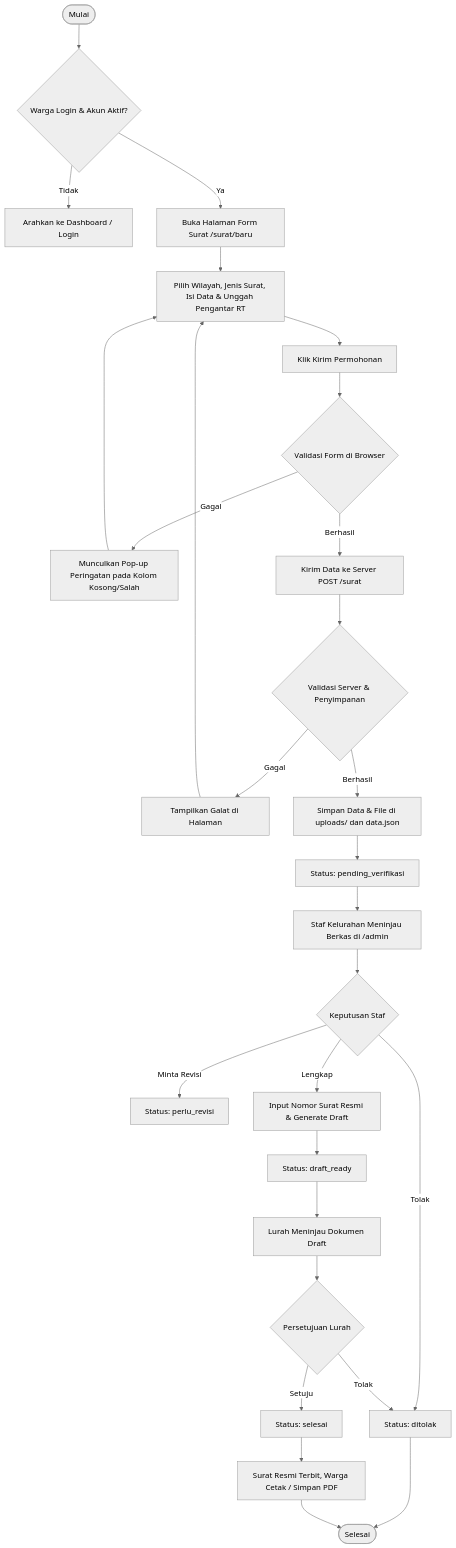
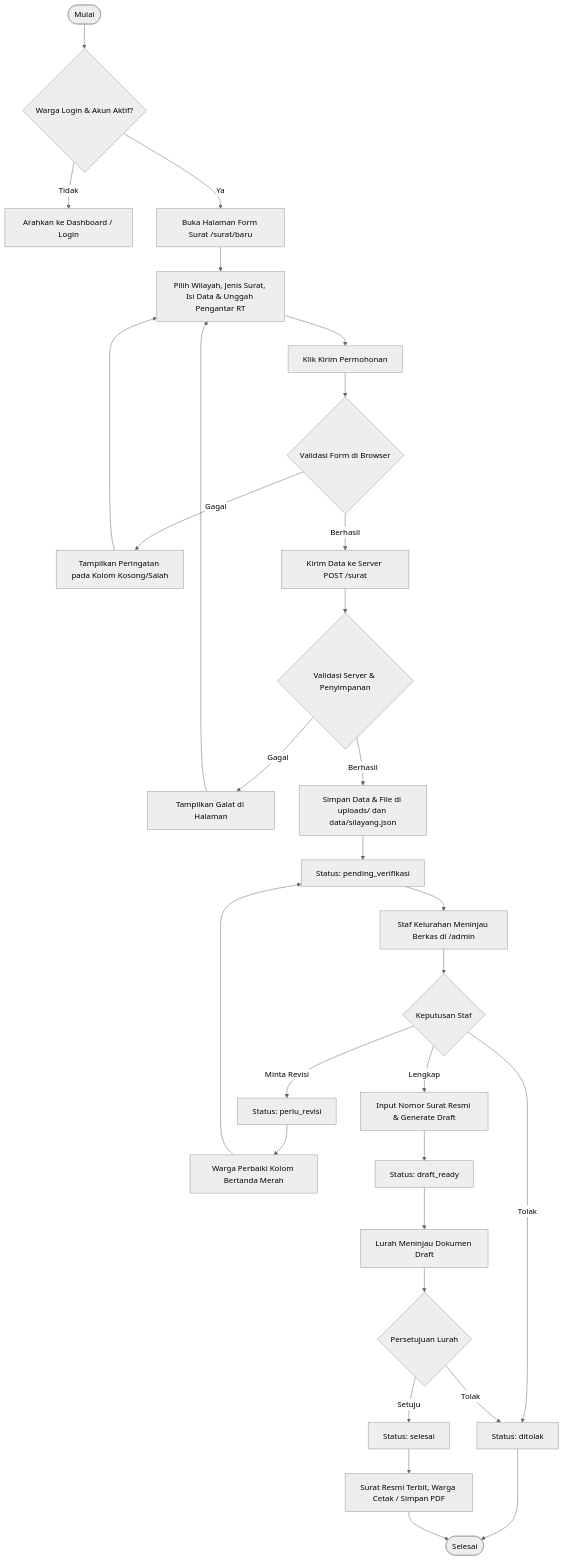
The seventh of 7 diagrams in README.md (mohakbarnusantara/SI-LAYANG), drawn with Mermaid (neutral theme) before and after one commit. The commit also changed other lines of this file, not shown here.

````diff
--- a/README.md
+++ b/README.md
@@ -450,39 +476,41 @@
 ```mermaid
 flowchart TD
     Start([Mulai]) --> LoginCheck{Warga Login & Akun Aktif?}
     LoginCheck -- Tidak --> BlockAccess[Arahkan ke Dashboard / Login]
     LoginCheck -- Ya --> OpenForm[Buka Halaman Form Surat /surat/baru]
-    
+
     OpenForm --> FillData[Pilih Wilayah, Jenis Surat, Isi Data & Unggah Pengantar RT]
     FillData --> SubmitForm[Klik Kirim Permohonan]
-    
+
     SubmitForm --> ValidateClient{Validasi Form di Browser}
-    ValidateClient -- Gagal --> ShowPopup[Munculkan Pop-up Peringatan pada Kolom Kosong/Salah]
+    ValidateClient -- Gagal --> ShowPopup[Tampilkan Peringatan pada Kolom Kosong/Salah]
     ShowPopup --> FillData
-    
+
     ValidateClient -- Berhasil --> PostServer[Kirim Data ke Server POST /surat]
     PostServer --> ValidateServer{Validasi Server & Penyimpanan}
     ValidateServer -- Gagal --> ReturnError[Tampilkan Galat di Halaman]
     ReturnError --> FillData
-    
-    ValidateServer -- Berhasil --> SaveData[Simpan Data & File di uploads/ dan data.json]
+
+    ValidateServer -- Berhasil --> SaveData[Simpan Data & File di uploads/ dan data/silayang.json]
     SaveData --> StatusPending[Status: pending_verifikasi]
-    
+
     StatusPending --> StaffReview[Staf Kelurahan Meninjau Berkas di /admin]
     StaffReview --> StaffDecision{Keputusan Staf}
-    
+
     StaffDecision -- Minta Revisi --> StatusRevisi[Status: perlu_revisi]
+    StatusRevisi --> ResidentEdit[Warga Perbaiki Kolom Bertanda Merah]
+    ResidentEdit --> StatusPending
     StaffDecision -- Tolak --> StatusReject[Status: ditolak]
     StaffDecision -- Lengkap --> InputNomor[Input Nomor Surat Resmi & Generate Draft]
-    
+
     InputNomor --> StatusDraft[Status: draft_ready]
     StatusDraft --> LurahReview[Lurah Meninjau Dokumen Draft]
-    
+
     LurahReview --> LurahDecision{Persetujuan Lurah}
     LurahDecision -- Tolak --> StatusReject
     LurahDecision -- Setuju --> StatusSelesai[Status: selesai]
-    
+
     StatusSelesai --> PrintReady[Surat Resmi Terbit, Warga Cetak / Simpan PDF]
     StatusReject --> End([Selesai])
     PrintReady --> End
 ```
````
